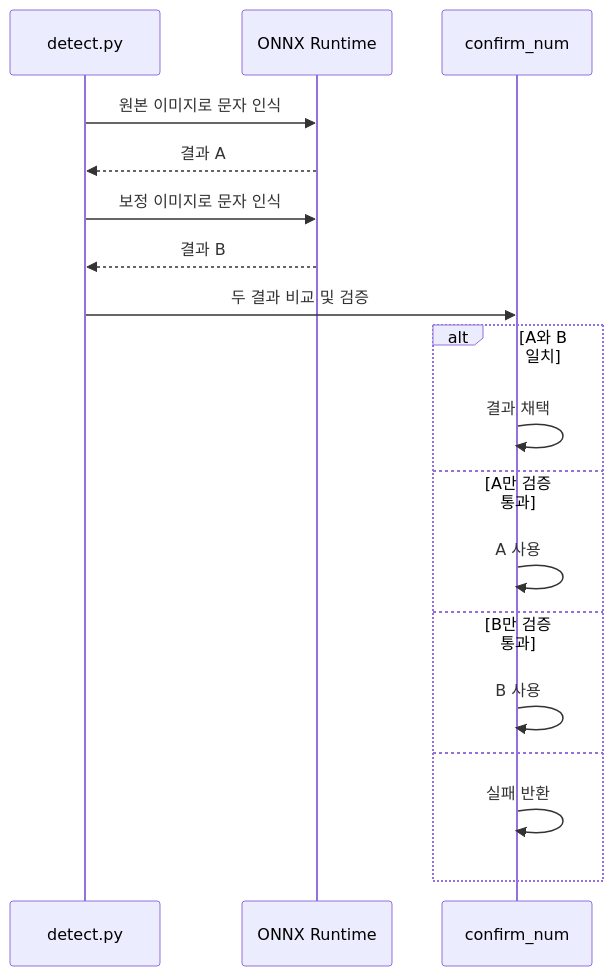
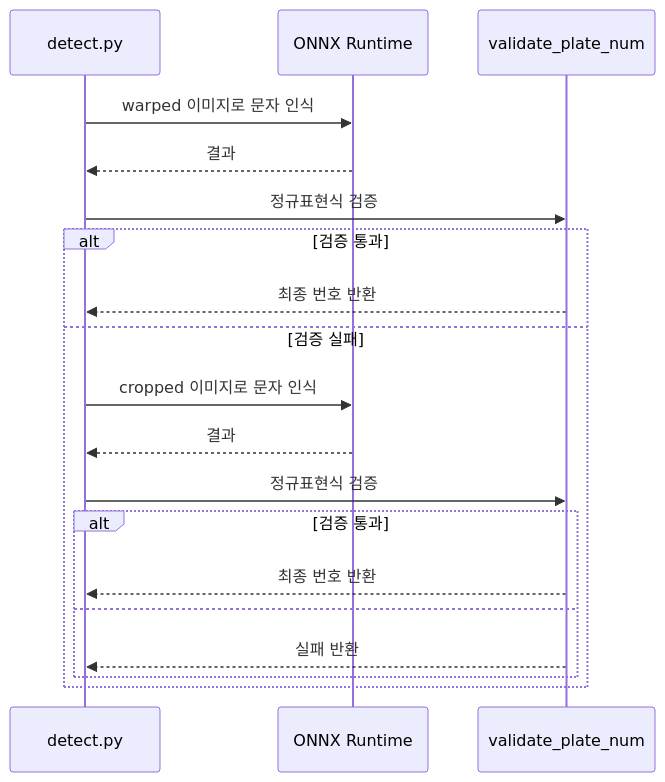
The second of 2 diagrams in src/content/blog/ko/korean-license-plate-deep-dive.md (mandacode-labs/mandacode-devs), drawn with Mermaid before and after one commit. The commit also changed other lines of this file and 1 other file, not shown here.

Commit message:
refactor: update deep dive blog content

````diff
--- a/src/content/blog/ko/korean-license-plate-deep-dive.md
+++ b/src/content/blog/ko/korean-license-plate-deep-dive.md
@@ -118,23 +120,23 @@
 ```mermaid
 sequenceDiagram
     participant Detect as detect.py
     participant ONNX as ONNX Runtime
-    participant Confirm as confirm_num
+    participant Validate as validate_plate_num
 
-    Detect->>ONNX: 원본 이미지로 문자 인식
-    ONNX-->>Detect: 결과 A
-    Detect->>ONNX: 보정 이미지로 문자 인식
-    ONNX-->>Detect: 결과 B
+    Detect->>ONNX: warped 이미지로 문자 인식
+    ONNX-->>Detect: 결과
+    Detect->>Validate: 정규표현식 검증
 
-    Detect->>Confirm: 두 결과 비교 및 검증
-
-    alt A와 B 일치
-        Confirm->>Confirm: 결과 채택
-    else A만 검증 통과
-        Confirm->>Confirm: A 사용
-    else B만 검증 통과
-        Confirm->>Confirm: B 사용
-    else
-        Confirm->>Confirm: 실패 반환
+    alt 검증 통과
+        Validate-->>Detect: 최종 번호 반환
+    else 검증 실패
+        Detect->>ONNX: cropped 이미지로 문자 인식
+        ONNX-->>Detect: 결과
+        Detect->>Validate: 정규표현식 검증
+        alt 검증 통과
+            Validate-->>Detect: 최종 번호 반환
+        else
+            Validate-->>Detect: 실패 반환
+        end
     end
 ```
````
